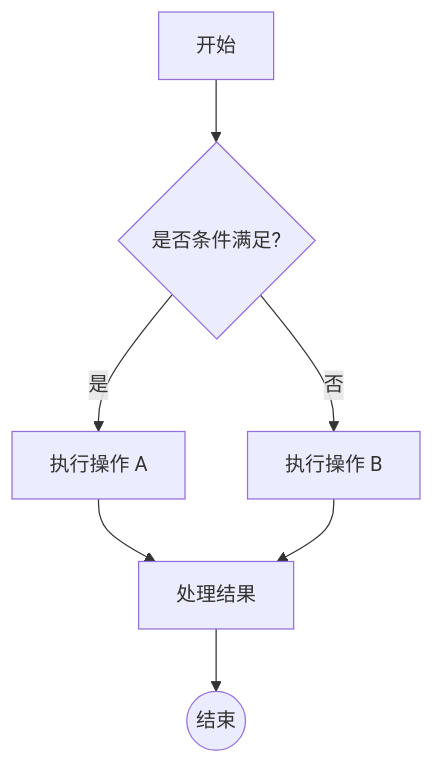
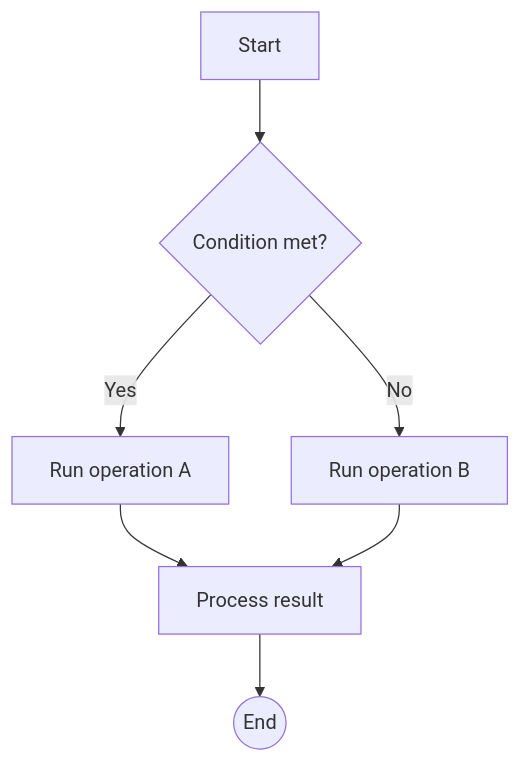
The first of 7 diagrams in cli/tests/TEST_MARKDOWN.md (nx-fi/gitomi), drawn with Mermaid before and after one commit. The commit also changed other lines of this file and 6 other files, not shown here.

````diff
--- a/cli/tests/TEST_MARKDOWN.md
+++ b/cli/tests/TEST_MARKDOWN.md
@@ -411,9 +465,9 @@
 ```mermaid
 flowchart TD
-    A[开始] --> B{是否条件满足?}
-    B -->|是| C[执行操作 A]
-    B -->|否| D[执行操作 B]
-    C --> E[处理结果]
+    A[Start] --> B{Condition met?}
+    B -->|Yes| C[Run operation A]
+    B -->|No| D[Run operation B]
+    C --> E[Process result]
     D --> E
-    E --> F((结束))
+    E --> F((End))
 ```
````
